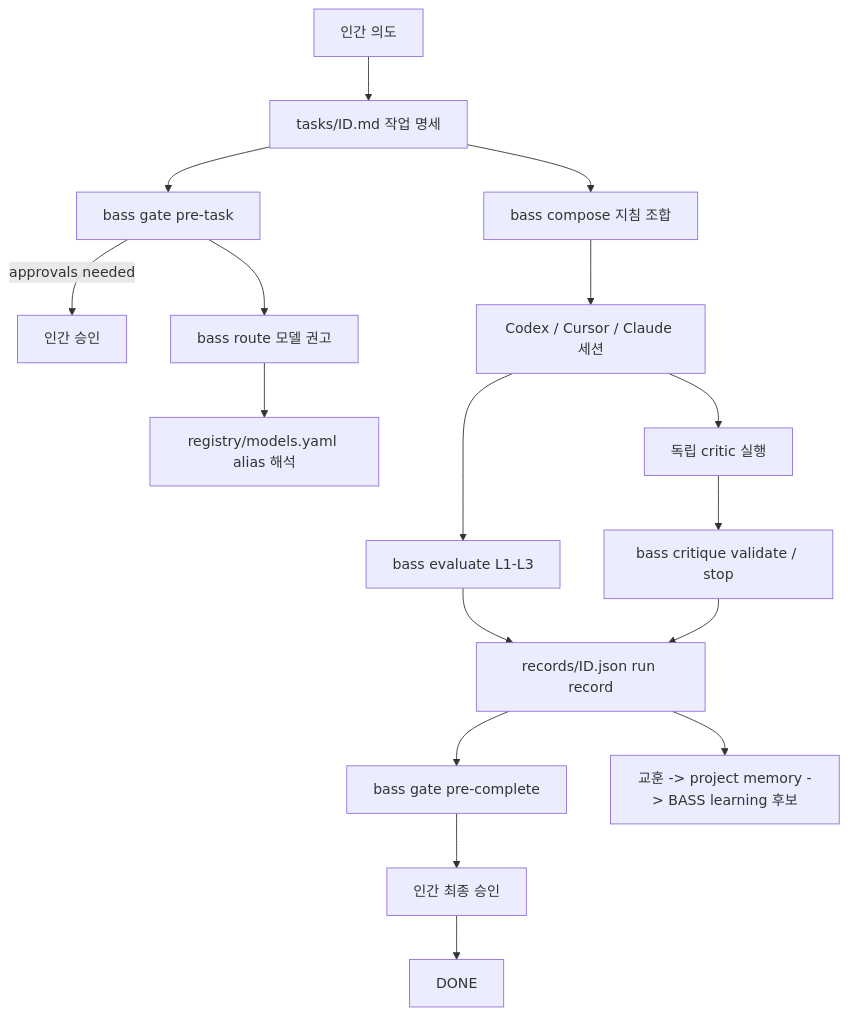
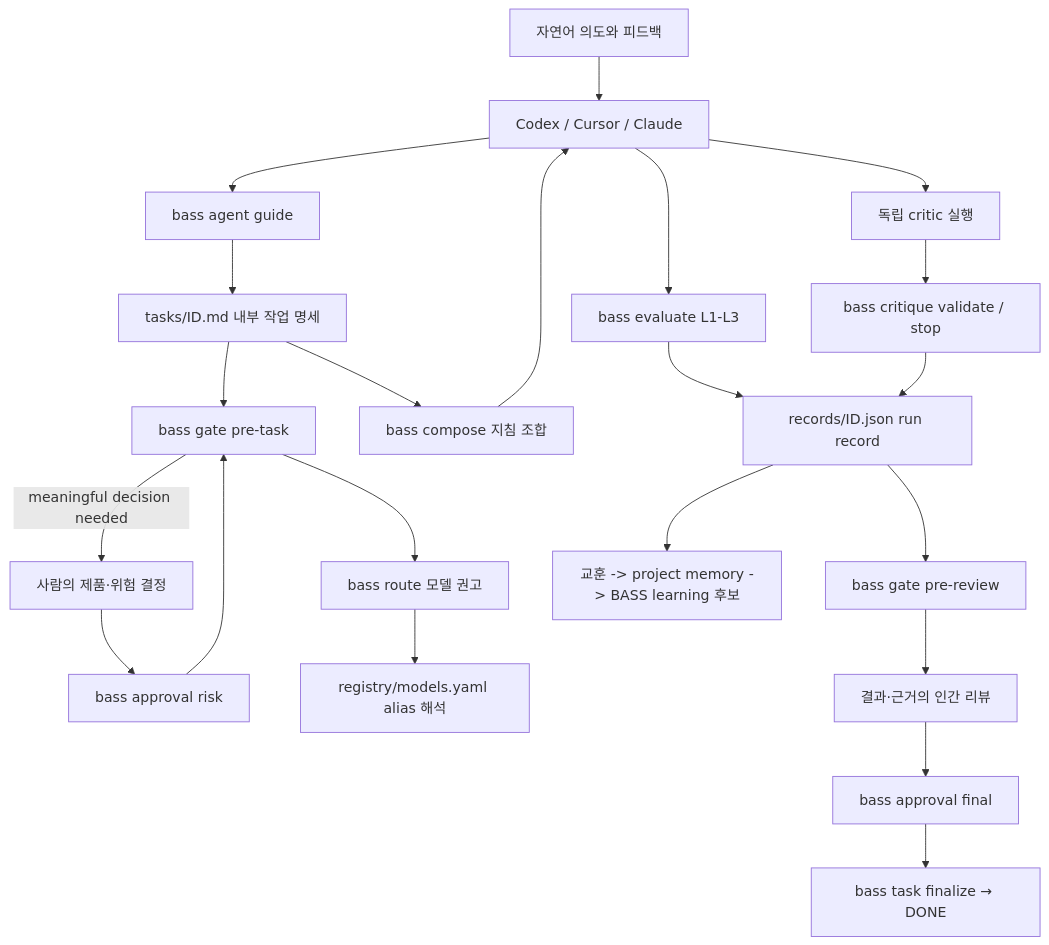
One commit to offbeat24/bass-platform changed the diagram in docs/architecture.md. Above: the diagram before and after it, drawn with Mermaid. The commit also changed other lines of this file and 32 other files, not shown here.

Commit message:
feat: make BASS an agent-operated runtime

````diff
--- a/docs/architecture.md
+++ b/docs/architecture.md
@@ -35,19 +39,24 @@
 ```mermaid
 flowchart TD
-    Human[인간 의도] --> Task[tasks/ID.md 작업 명세]
+    Human[자연어 의도와 피드백] --> Agent[Codex / Cursor / Claude]
+    Agent --> Guide[bass agent guide]
+    Guide --> Task[tasks/ID.md 내부 작업 명세]
     Task --> PreTask[bass gate pre-task]
-    PreTask -->|approvals needed| HumanGate[인간 승인]
+    PreTask -->|meaningful decision needed| HumanGate[사람의 제품·위험 결정]
+    HumanGate --> Approval[bass approval risk]
+    Approval --> PreTask
     PreTask --> Route[bass route 모델 권고]
     Route --> RegistryY[registry/models.yaml alias 해석]
     Task --> Compose[bass compose 지침 조합]
-    Compose --> Agent[Codex / Cursor / Claude 세션]
+    Compose --> Agent
     Agent --> Evaluate[bass evaluate L1-L3]
     Agent --> Critic[독립 critic 실행]
     Critic --> Validate[bass critique validate / stop]
     Evaluate --> Record[records/ID.json run record]
     Validate --> Record
-    Record --> PreComplete[bass gate pre-complete]
-    PreComplete --> HumanReview[인간 최종 승인]
-    HumanReview --> Done[DONE]
+    Record --> PreReview[bass gate pre-review]
+    PreReview --> HumanReview[결과·근거의 인간 리뷰]
+    HumanReview --> FinalApproval[bass approval final]
+    FinalApproval --> Done[bass task finalize → DONE]
     Record --> Lessons[교훈 -> project memory -> BASS learning 후보]
 ```
````
